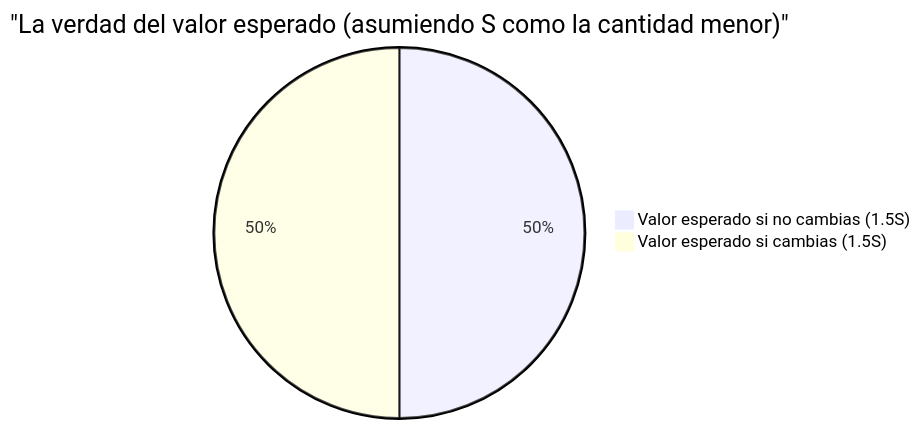
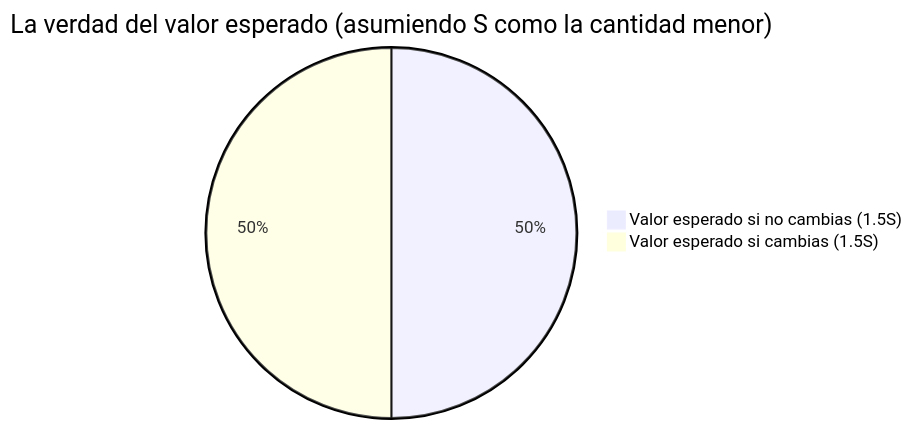
Before and after one commit to kenjinote/blog: the second of 2 diagrams in content/post/2つの封筒のパラドックス/index.es.md, drawn with Mermaid. The commit also changed other lines of this file and 703 other files, not shown here.

Commit message:
Fix: Remove quotes from Mermaid link texts and timeline definitions to support Mermaid 11.4.1

````diff
--- a/content/post/2つの封筒のパラドックス/index.es.md
+++ b/content/post/2つの封筒のパラドックス/index.es.md
@@ -113,5 +113,5 @@
 ```mermaid
-pie title "La verdad del valor esperado (asumiendo S como la cantidad menor)"
+pie title La verdad del valor esperado (asumiendo S como la cantidad menor)
     "Valor esperado si no cambias (1.5S)" : 50
     "Valor esperado si cambias (1.5S)" : 50
 ```
````
